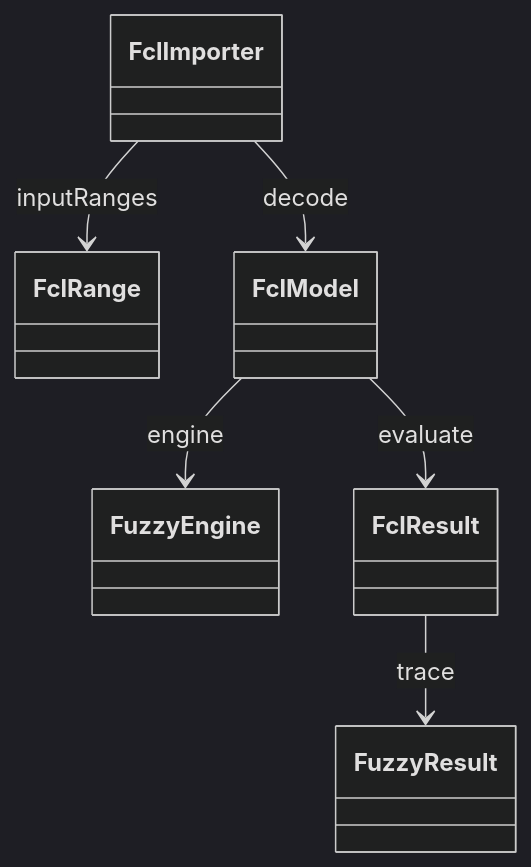
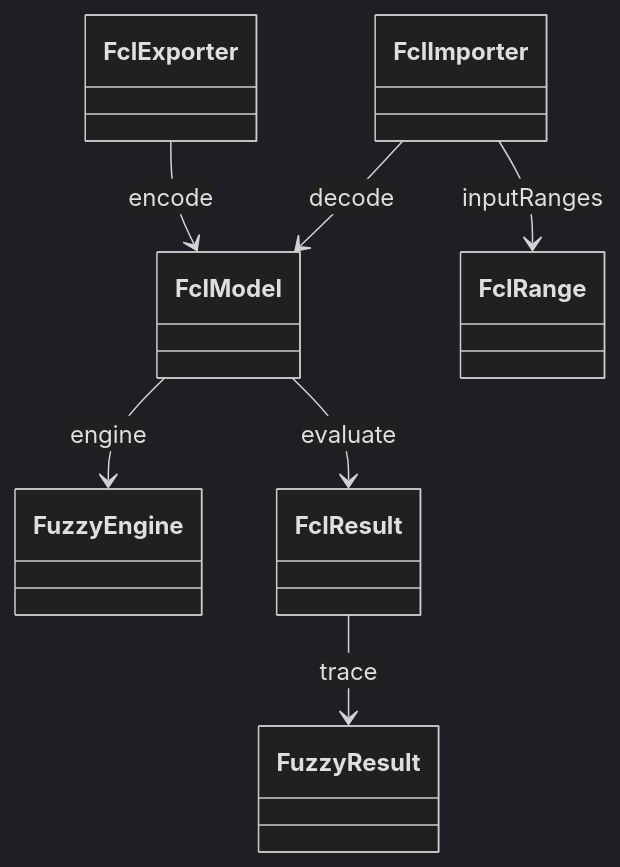
The diagram in doc/fcl.en.md (kleberandrade/fuzzy-engine), drawn with Mermaid (dark theme) before and after one commit. The commit also changed other lines of this file and 24 other files, not shown here.

````diff
--- a/doc/fcl.en.md
+++ b/doc/fcl.en.md
@@ -68,8 +69,9 @@
 ```mermaid
 classDiagram
+  FclExporter --> FclModel : encode
   FclImporter --> FclRange : inputRanges
   FclImporter --> FclModel : decode
   FclModel --> FuzzyEngine : engine
   FclModel --> FclResult : evaluate
   FclResult --> FuzzyResult : trace
 ```
````
